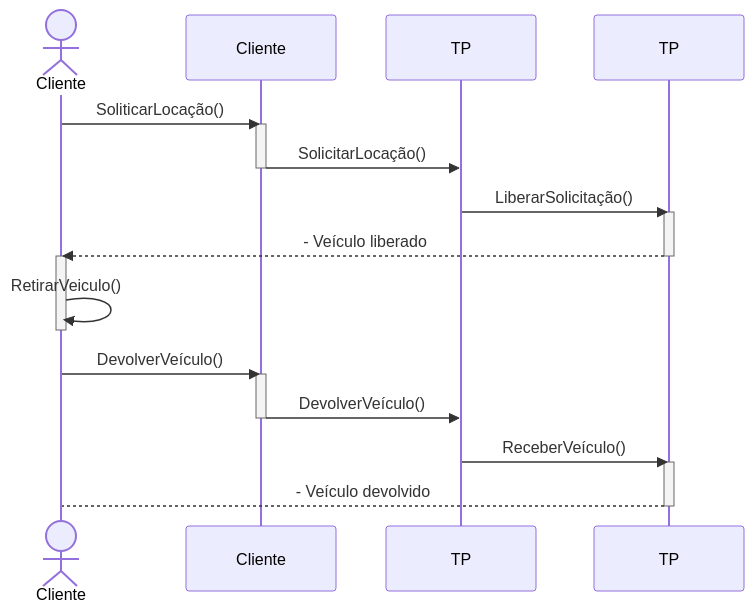
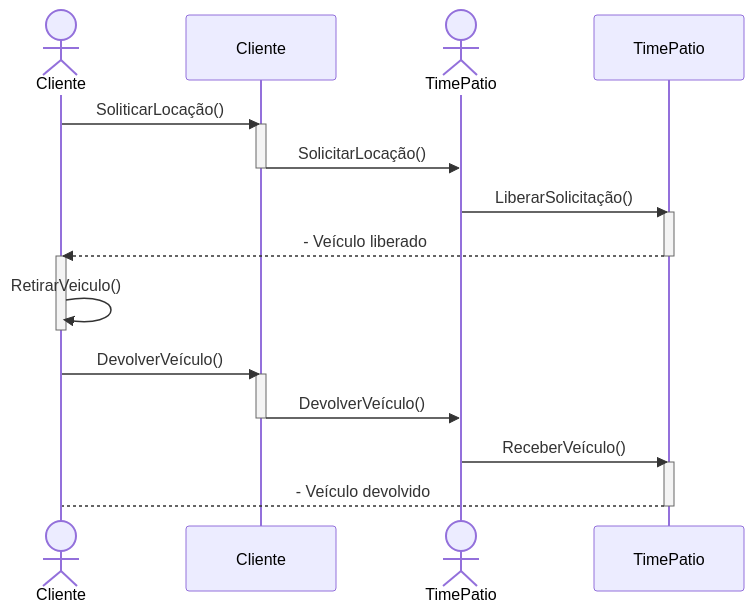
Before and after one commit to BrunoBassoo/LocadoraDeVeiculos: the third of 3 diagrams in README.md, drawn with Mermaid.

````diff
--- a/README.md
+++ b/README.md
@@ -319,28 +319,29 @@
 ```mermaid
 %%{title: "Controlar as locações"}%%
 sequenceDiagram
     actor Cliente
     participant C as Cliente
     actor TimePatio
-    participant TimePatio as TP
+    participant TP as TimePatio
     
     Cliente->>C: SoliticarLocação()
     activate C
     C->>TimePatio: SolicitarLocação()
     deactivate C
     TimePatio->>TP: LiberarSolicitação()
     activate TP
     TP-->>Cliente: - Veículo liberado
     deactivate TP
     activate Cliente
     Cliente->>Cliente: RetirarVeiculo()
     deactivate Cliente
     Cliente->>C: DevolverVeículo()
     activate C
     C->>TimePatio: DevolverVeículo()
     deactivate C
     TimePatio->>TP: ReceberVeículo()
     activate TP
     TP-->Cliente: - Veículo devolvido
     deactivate TP
+
 ```
````
